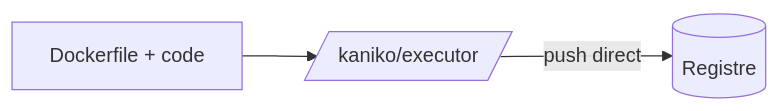
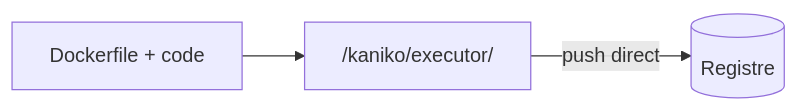
The diagram in 03 — Concepts/Kaniko.md (galsen-76/Informatique-), drawn with Mermaid before and after one commit. The commit also changed 47 other files, not shown here.

````diff
--- a/03 — Concepts/Kaniko.md
+++ b/03 — Concepts/Kaniko.md
@@ -41,4 +41,4 @@
 ```mermaid
 flowchart LR
-  DF[Dockerfile + code] --> K[/kaniko/executor/] -- push direct --> R[(Registre)]
+  DF[Dockerfile + code] --> K["/kaniko/executor/"] -- push direct --> R[(Registre)]
 ```
````
